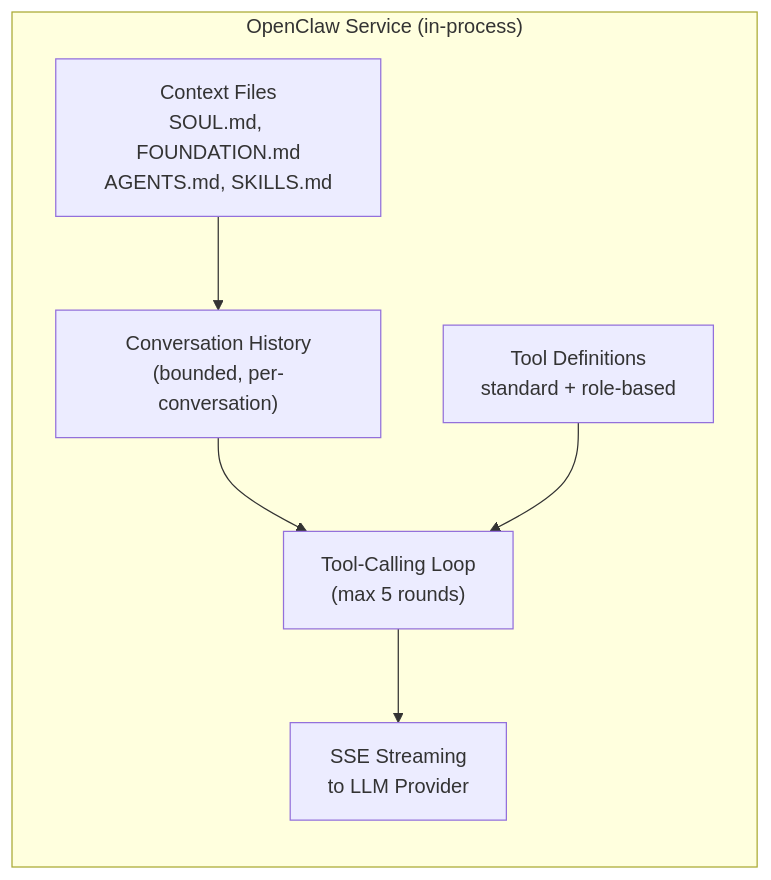
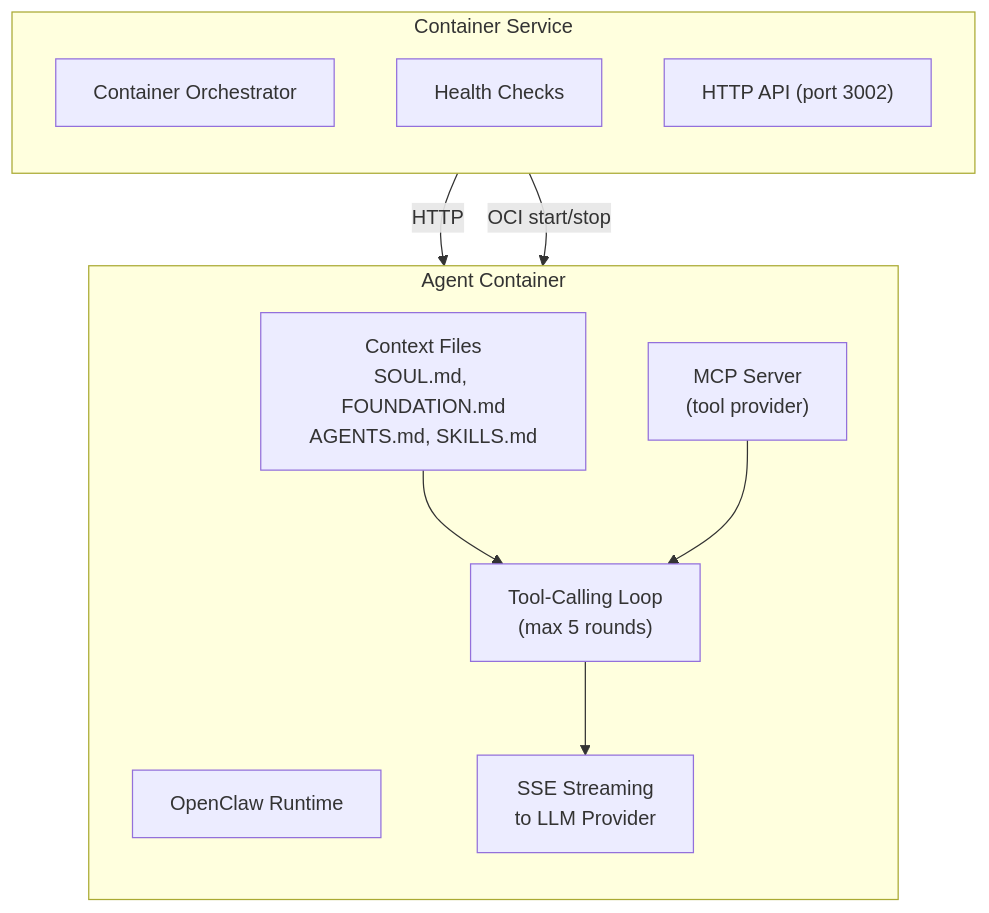
The third of 7 diagrams in docs/architecture/inspirations.md (pde-rent/monokeros), drawn with Mermaid before and after one commit. The commit also changed other lines of this file and 50 other files, not shown here.

````diff
--- a/docs/architecture/inspirations.md
+++ b/docs/architecture/inspirations.md
@@ -162,16 +166,24 @@
 ```mermaid
 graph TB
-    subgraph Service["OpenClaw Service (in-process)"]
+    subgraph CS["Container Service"]
         direction TB
+        Orch["Container Orchestrator"]
+        Health["Health Checks"]
+        API["HTTP API (port 3002)"]
+    end
+
+    subgraph Container["Agent Container"]
+        direction TB
+        OC["OpenClaw Runtime"]
         CTX["Context Files<br/>SOUL.md, FOUNDATION.md<br/>AGENTS.md, SKILLS.md"]
-        HIST["Conversation History<br/>(bounded, per-conversation)"]
-        TOOLS["Tool Definitions<br/>standard + role-based"]
+        MCP["MCP Server<br/>(tool provider)"]
         LOOP["Tool-Calling Loop<br/>(max 5 rounds)"]
         SSE["SSE Streaming<br/>to LLM Provider"]
     end
 
-    CTX --> HIST
-    HIST --> LOOP
-    TOOLS --> LOOP
+    Orch -->|"OCI start/stop"| Container
+    API -->|"HTTP"| OC
+    CTX --> LOOP
+    MCP --> LOOP
     LOOP --> SSE
 ```
````
